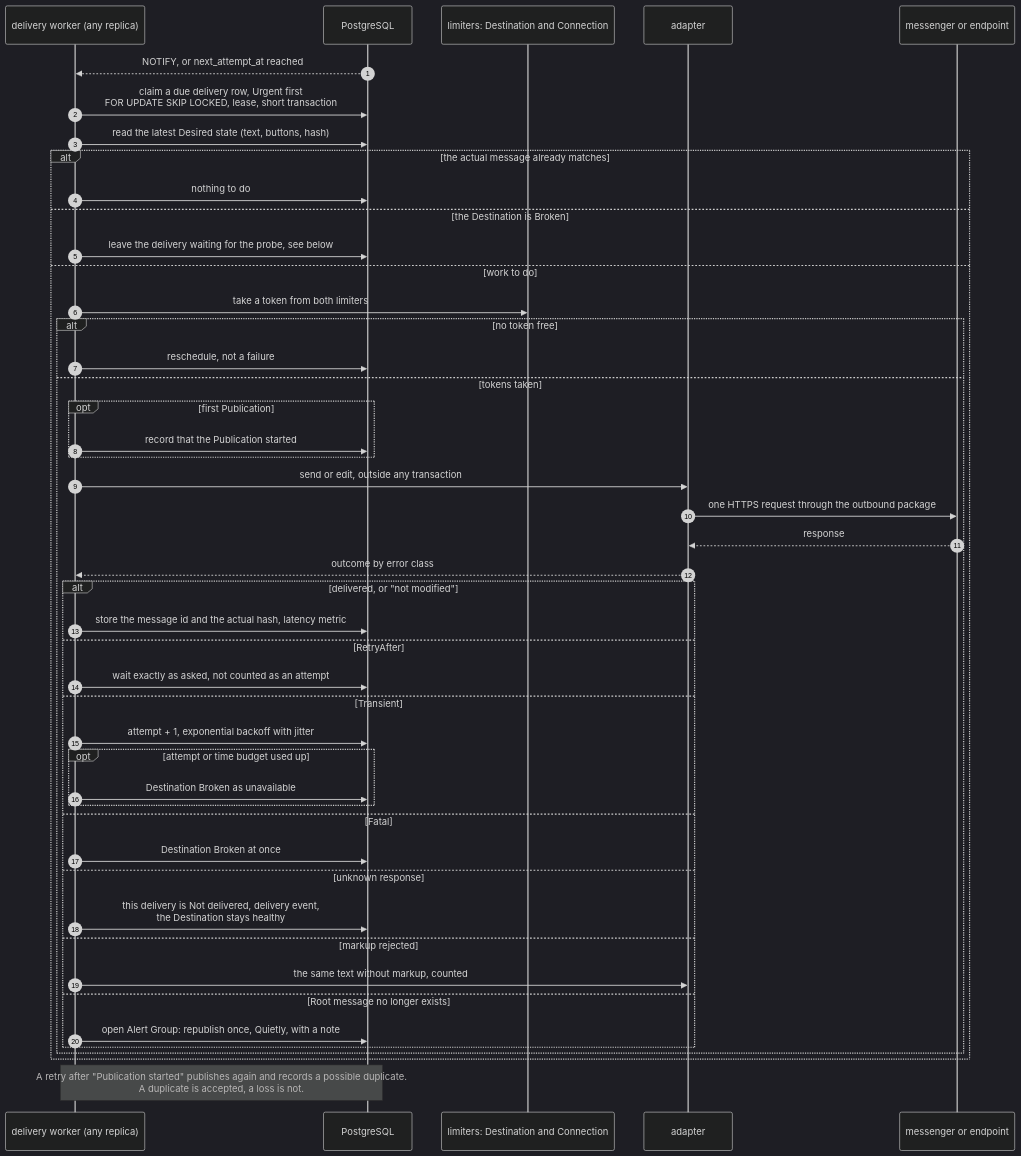
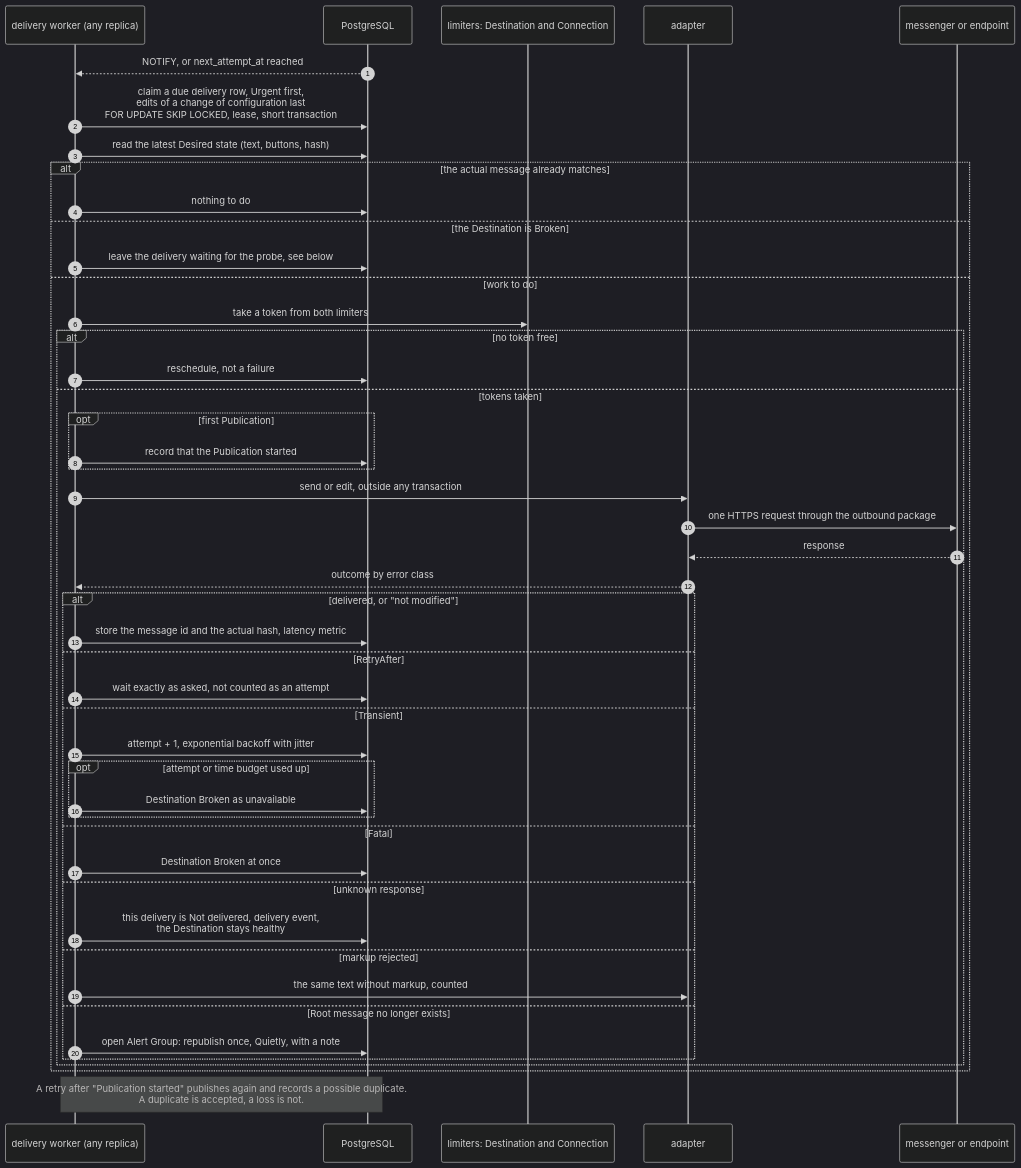
Before and after one commit to muster-io/muster: diagram 13 of 29 in design/architecture.md, drawn with Mermaid (dark theme). The commit also changed 17 other files, not shown here.

Commit message:
fix(delivery): claim configuration edits after publications and alert edits (#533)

````diff
--- a/design/architecture.md
+++ b/design/architecture.md
@@ -846,50 +846,50 @@
 ```mermaid
 sequenceDiagram
     autonumber
     participant DW as delivery worker (any replica)
     participant DB as PostgreSQL
     participant LM as limiters: Destination and Connection
     participant AD as adapter
     participant MS as messenger or endpoint
 
     DB-->>DW: NOTIFY, or next_attempt_at reached
-    DW->>DB: claim a due delivery row, Urgent first<br/>FOR UPDATE SKIP LOCKED, lease, short transaction
+    DW->>DB: claim a due delivery row, Urgent first,<br/>edits of a change of configuration last<br/>FOR UPDATE SKIP LOCKED, lease, short transaction
     DW->>DB: read the latest Desired state (text, buttons, hash)
     alt the actual message already matches
         DW->>DB: nothing to do
     else the Destination is Broken
         DW->>DB: leave the delivery waiting for the probe, see below
     else work to do
         DW->>LM: take a token from both limiters
         alt no token free
             DW->>DB: reschedule, not a failure
         else tokens taken
             opt first Publication
                 DW->>DB: record that the Publication started
             end
             DW->>AD: send or edit, outside any transaction
             AD->>MS: one HTTPS request through the outbound package
             MS-->>AD: response
             AD-->>DW: outcome by error class
             alt delivered, or "not modified"
                 DW->>DB: store the message id and the actual hash, latency metric
             else RetryAfter
                 DW->>DB: wait exactly as asked, not counted as an attempt
             else Transient
                 DW->>DB: attempt + 1, exponential backoff with jitter
                 opt attempt or time budget used up
                     DW->>DB: Destination Broken as unavailable
                 end
             else Fatal
                 DW->>DB: Destination Broken at once
             else unknown response
                 DW->>DB: this delivery is Not delivered, delivery event,<br/>the Destination stays healthy
             else markup rejected
                 DW->>AD: the same text without markup, counted
             else Root message no longer exists
                 DW->>DB: open Alert Group: republish once, Quietly, with a note
             end
         end
     end
     Note over DW,DB: A retry after "Publication started" publishes again and records a possible duplicate.<br/>A duplicate is accepted, a loss is not.
 ```
````
